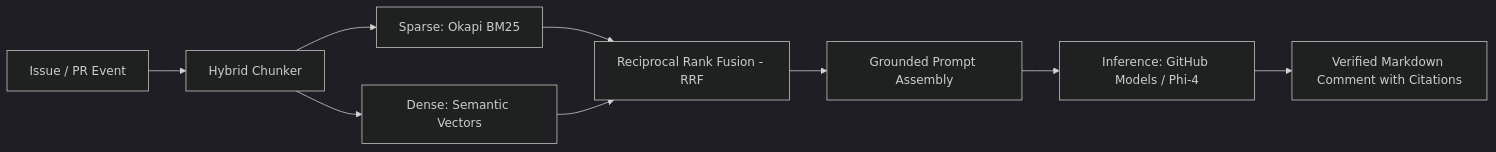
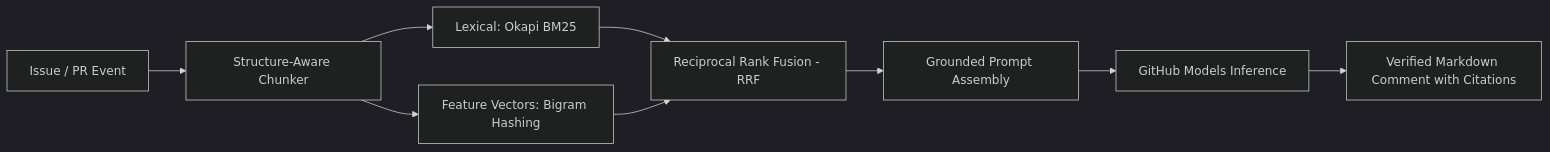
Before and after one commit to Cagrik34/hybrid-rag-action: the diagram in README.md, drawn with Mermaid (dark theme). The commit also changed other lines of this file and 31 other files, not shown here.

````diff
--- a/README.md
+++ b/README.md
@@ -14,10 +14,10 @@
 ```mermaid
 flowchart LR
-    A[Issue / PR Event] --> B[Hybrid Chunker]
-    B --> C1[Sparse: Okapi BM25]
-    B --> C2[Dense: Semantic Vectors]
+    A[Issue / PR Event] --> B[Structure-Aware Chunker]
+    B --> C1[Lexical: Okapi BM25]
+    B --> C2[Feature Vectors: Bigram Hashing]
     C1 & C2 --> D[Reciprocal Rank Fusion - RRF]
     D --> E[Grounded Prompt Assembly]
-    E --> F[Inference: GitHub Models / Phi-4]
+    E --> F[GitHub Models Inference]
     F --> G[Verified Markdown Comment with Citations]
 ```
````
